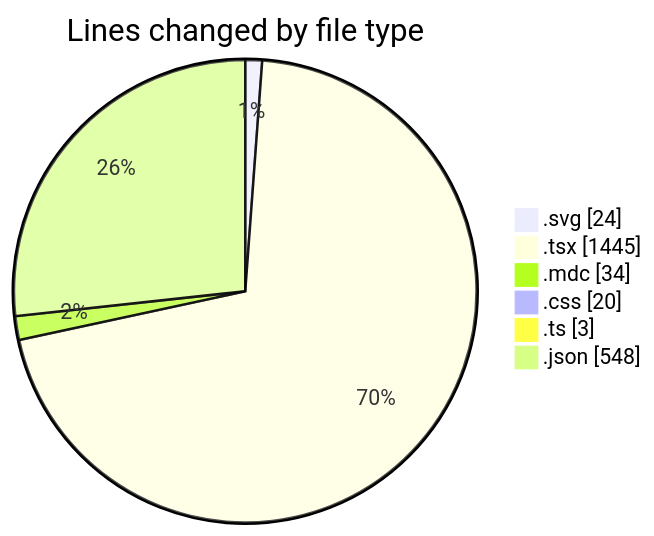
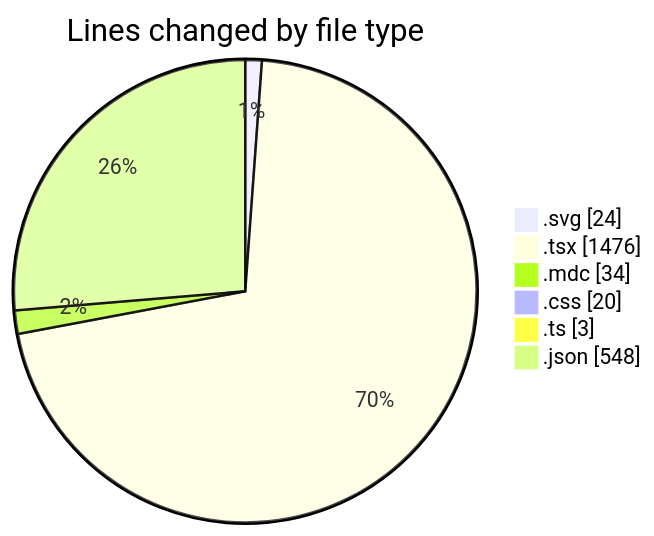
The first of 2 diagrams in 2025-07-18/ribbon/README.md (EIIisD/code-tracking), drawn with Mermaid before and after one commit. The commit also changed other lines of this file and 1 other file, not shown here.

````diff
--- a/2025-07-18/ribbon/README.md
+++ b/2025-07-18/ribbon/README.md
@@ -27,10 +27,10 @@
 ```mermaid
 pie showData
 title Lines changed by file type
 ".svg" : 24
-".tsx" : 1445
+".tsx" : 1476
 ".mdc" : 34
 ".css" : 20
 ".ts" : 3
 ".json" : 548
 ```
````
